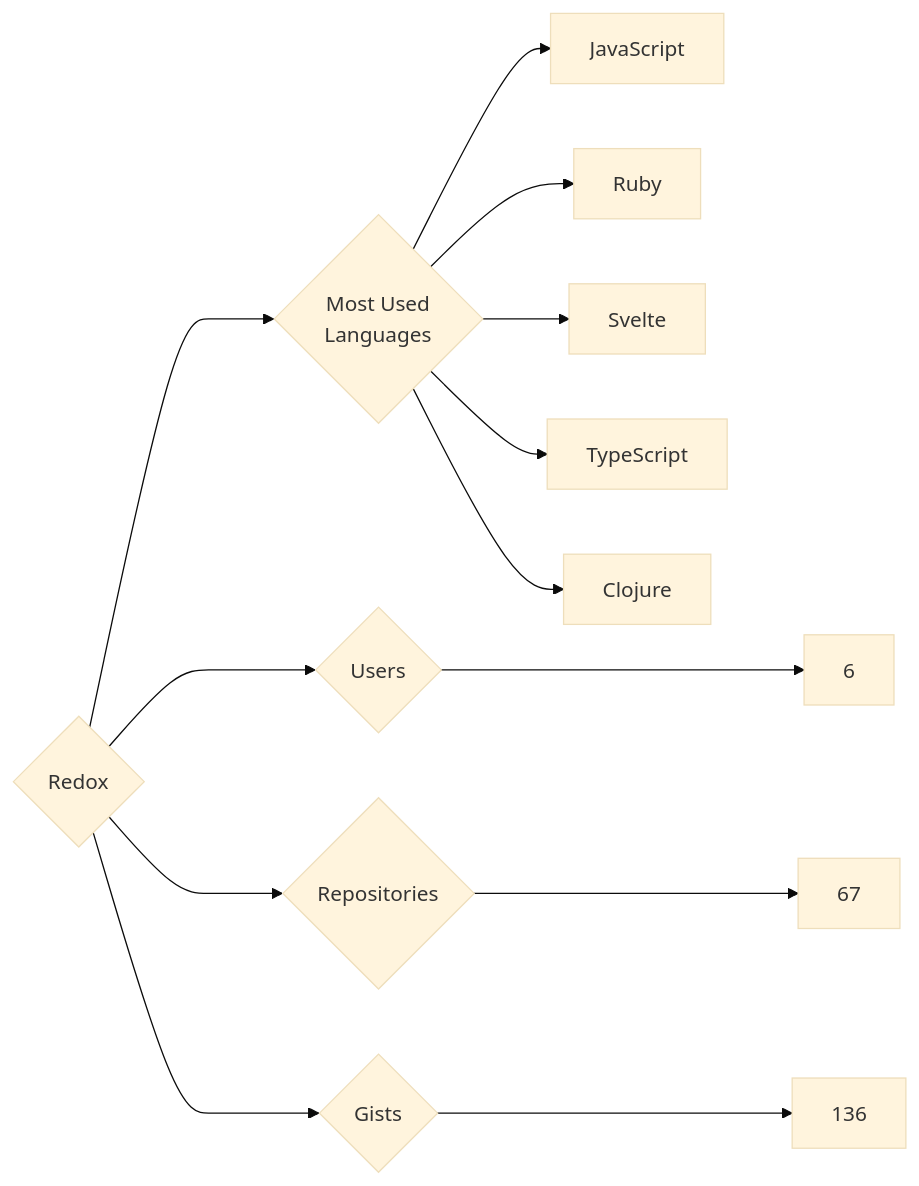
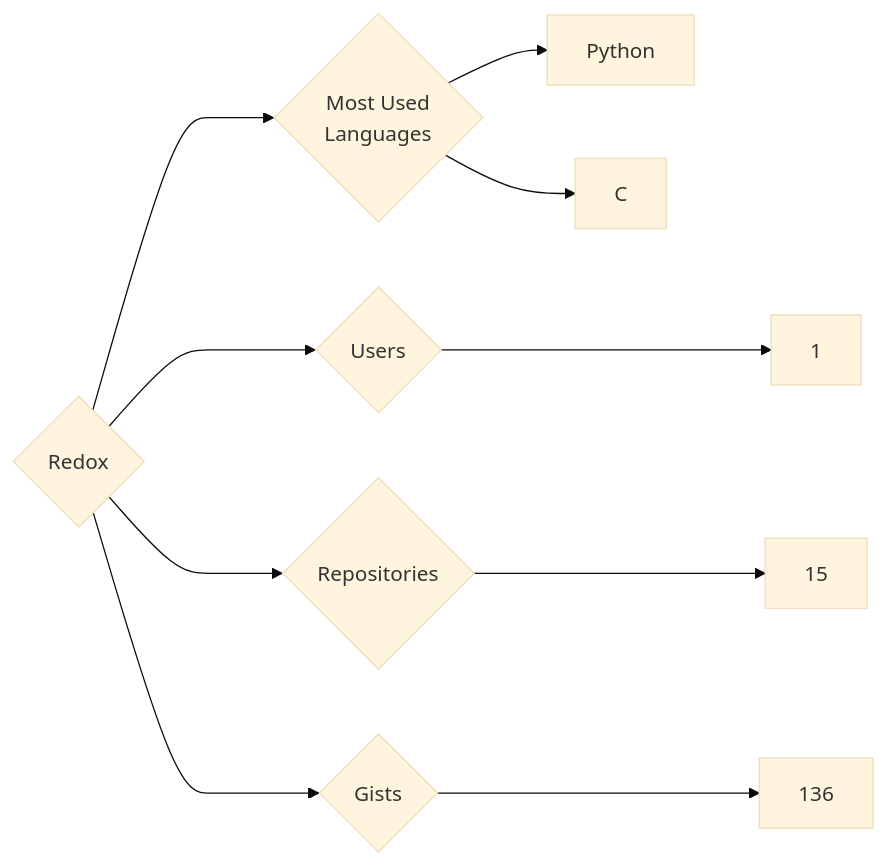
One commit to trickest/insiders changed the diagram in targets/Redox/README.md. Above: the diagram before and after it, drawn with Mermaid (base theme). The commit also changed 839 other files, not shown here.

````diff
--- a/targets/Redox/README.md
+++ b/targets/Redox/README.md
@@ -3,13 +3,10 @@
 ```mermaid
 graph LR
 COMPANY_NAME{Redox}
-COMPANY_NAME ---> U{Users} ---> UN[6]
-COMPANY_NAME ---> R{Repositories} ---> RN[67]
+COMPANY_NAME ---> U{Users} ---> UN[1]
+COMPANY_NAME ---> R{Repositories} ---> RN[15]
 COMPANY_NAME ---> G{Gists} ---> GN[136]
 COMPANY_NAME ---> ML{Most Used<br>Languages}
-ML --> JavaScript[JavaScript]
-ML --> Ruby[Ruby]
-ML --> Svelte[Svelte]
-ML --> TypeScript[TypeScript]
-ML --> Clojure[Clojure]
+ML --> Python[Python]
+ML --> C[C]
 ```
````
